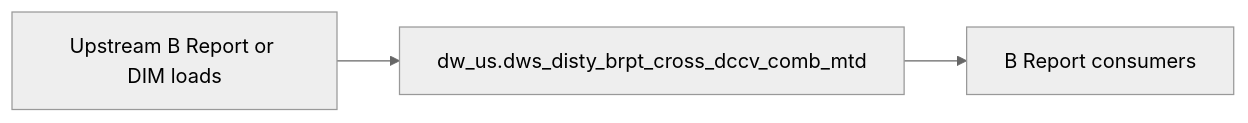
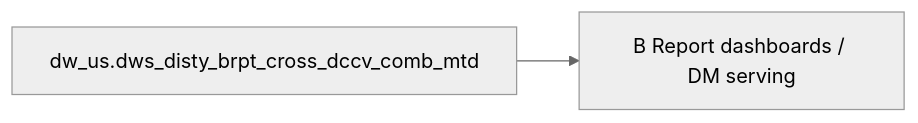
One commit to chengduhaha/data_agent changed the diagram in backend/defaults/b_report/workspace/target/knowledgebase/b-report-us/dws_disty_brpt_cross_dccv_comb_mtd.md. Above: the diagram before and after it, drawn with Mermaid (neutral theme). The commit also changed other lines of this file and 1108 other files, not shown here.

````diff
--- a/backend/defaults/b_report/workspace/target/knowledgebase/b-report-us/dws_disty_brpt_cross_dccv_comb_mtd.md
+++ b/backend/defaults/b_report/workspace/target/knowledgebase/b-report-us/dws_disty_brpt_cross_dccv_comb_mtd.md
@@ -154,8 +431,6 @@
 ```mermaid
 flowchart LR
-  upstream[Upstream B Report or DIM loads]
-  tgt["dw_us.dws_disty_brpt_cross_dccv_comb_mtd"]
-  brpt[B Report consumers]
-  upstream --> tgt
-  tgt --> brpt
+  dw_us_dws_disty_brpt_cross_dccv_comb_mtd["dw_us.dws_disty_brpt_cross_dccv_comb_mtd"]
+  consumers["B Report dashboards / DM serving"]
+  dw_us_dws_disty_brpt_cross_dccv_comb_mtd --> consumers
 ```
````
